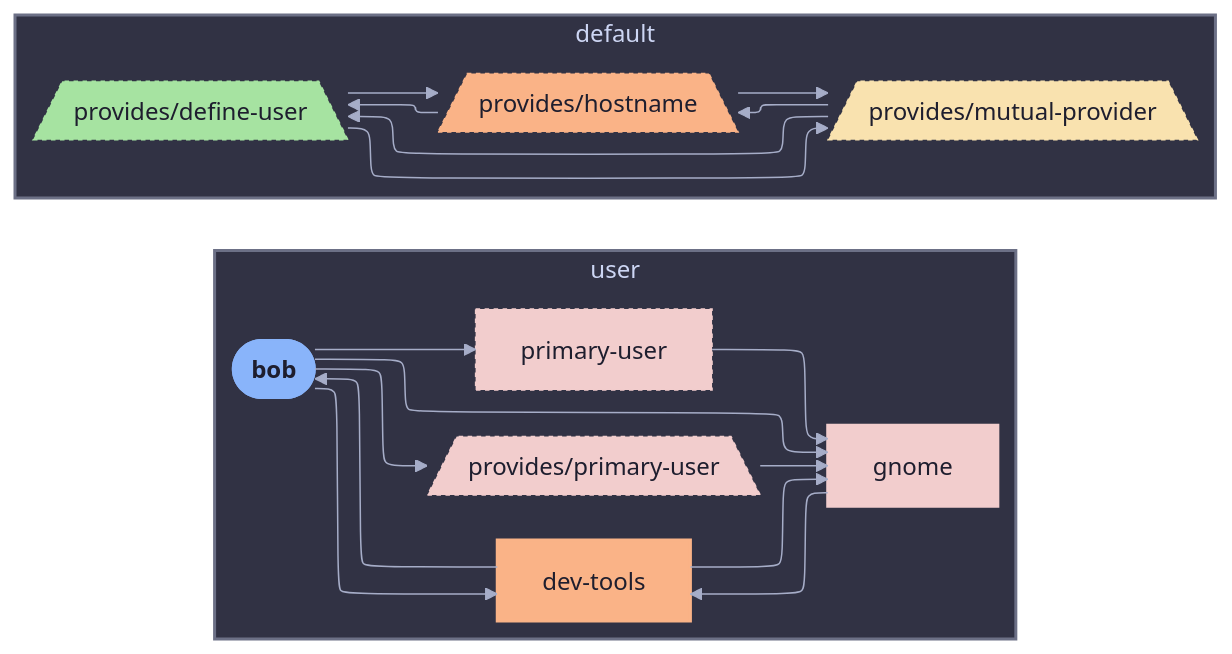
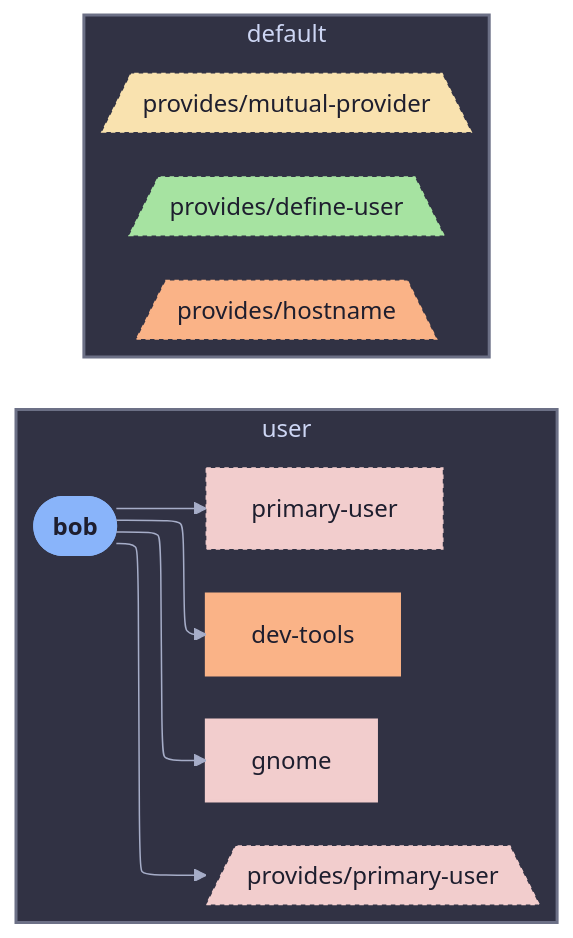
Before and after one commit to sini/den: the diagram in templates/diag-fx-demo/diagrams/multi-desktop-bob-aspects.md, drawn with Mermaid. The commit also changed 849 other files, not shown here.

Commit message:
chore: update fx diagrams

````diff
--- a/templates/diag-fx-demo/diagrams/multi-desktop-bob-aspects.md
+++ b/templates/diag-fx-demo/diagrams/multi-desktop-bob-aspects.md
@@ -5,45 +5,35 @@
 ```mermaid
 %%{init: {"elk":{"mergeEdges":true,"nodePlacementStrategy":"BRANDES_KOEPF"},"layout":"elk","theme":"base","themeVariables":{"activationBkgColor":"#313244","activationBorderColor":"#6c7086","actorBkg":"#313244","actorBorder":"#a6adc8","actorLineColor":"#a6adc8","actorTextColor":"#cdd6f4","background":"#1e1e2e","classText":"#cdd6f4","clusterBkg":"#313244","clusterBorder":"#6c7086","edgeLabelBackground":"#1e1e2e","labelBoxBkgColor":"#313244","labelBoxBorderColor":"#a6adc8","labelTextColor":"#cdd6f4","lineColor":"#a6adc8","loopTextColor":"#cdd6f4","mainBkg":"#313244","nodeBkg":"#313244","nodeBorder":"#a6adc8","nodeTextColor":"#cdd6f4","noteBkgColor":"#313244","noteBorderColor":"#6c7086","noteTextColor":"#cdd6f4","pie1":"#f38ba8","pie2":"#fab387","pie3":"#f9e2af","pie4":"#a6e3a1","pie5":"#94e2d5","pie6":"#89b4fa","pie7":"#cba6f7","pie8":"#f2cdcd","pieLegendTextColor":"#cdd6f4","pieOuterStrokeColor":"#6c7086","pieSectionTextColor":"#cdd6f4","pieStrokeColor":"#6c7086","pieTitleTextColor":"#cdd6f4","primaryBorderColor":"#a6adc8","primaryColor":"#313244","primaryTextColor":"#cdd6f4","secondBkg":"#313244","secondaryBorderColor":"#6c7086","secondaryColor":"#313244","secondaryTextColor":"#cdd6f4","sequenceNumberColor":"#1e1e2e","signalColor":"#a6adc8","signalTextColor":"#cdd6f4","tertiaryBorderColor":"#6c7086","tertiaryColor":"#313244","tertiaryTextColor":"#cdd6f4","textColor":"#cdd6f4","titleColor":"#cdd6f4"}}}%%
 graph LR
   bob([bob]):::root
 
   subgraph ctx_user["user"]
   dev_tools["dev-tools"]:::dev_tools_c
   gnome["gnome"]:::gnome_c
   primary_user["primary-user"]:::primary_user_c
   den__provides__primary_user[/"provides/primary-user"\]:::den__provides__primary_user_c
   bob --> dev_tools
   bob --> gnome
   bob --> primary_user
   bob --> den__provides__primary_user
-  den__provides__primary_user --> gnome
-  dev_tools --> bob
-  dev_tools --> gnome
-  gnome --> dev_tools
-  primary_user --> gnome
   end
   subgraph ctx_default["default"]
   den__provides__define_user[/"provides/define-user"\]:::den__provides__define_user_c
   den__provides__hostname[/"provides/hostname"\]:::den__provides__hostname_c
   den__provides__mutual_provider[/"provides/mutual-provider"\]:::den__provides__mutual_provider_c
-  den__provides__mutual_provider --> den__provides__define_user
-  den__provides__mutual_provider --> den__provides__hostname
-  den__provides__hostname --> den__provides__define_user
-  den__provides__define_user --> den__provides__hostname
-  den__provides__define_user --> den__provides__mutual_provider
-  den__provides__hostname --> den__provides__mutual_provider
+
   end
 
 
   classDef root fill:#89b4fa,stroke:#89b4fa,color:#1e1e2e,font-weight:bold
   classDef bob_c fill:#f38ba8,stroke:#f38ba8,color:#1e1e2e,stroke-width:2px
   classDef den__provides__define_user_c fill:#a6e3a1,stroke:#a6e3a1,color:#1e1e2e,stroke-dasharray: 3 3,stroke-width:1px
   classDef dev_tools_c fill:#fab387,stroke:#fab387,color:#1e1e2e,stroke-width:2px
   classDef gnome_c fill:#f2cdcd,stroke:#f2cdcd,color:#1e1e2e,stroke-width:2px
   classDef den__provides__hostname_c fill:#fab387,stroke:#fab387,color:#1e1e2e,stroke-dasharray: 3 3,stroke-width:1px
   classDef den__provides__mutual_provider_c fill:#f9e2af,stroke:#f9e2af,color:#1e1e2e,stroke-dasharray: 3 3,stroke-width:1px
   classDef primary_user_c fill:#f2cdcd,stroke:#f2cdcd,color:#1e1e2e,stroke-dasharray: 3 3,stroke-width:1px
   classDef den__provides__primary_user_c fill:#f2cdcd,stroke:#f2cdcd,color:#1e1e2e,stroke-dasharray: 3 3,stroke-width:1px
 style ctx_user fill:#313244,stroke:#6c7086,stroke-width:2px
 style ctx_default fill:#313244,stroke:#6c7086,stroke-width:2px
 ```
````
